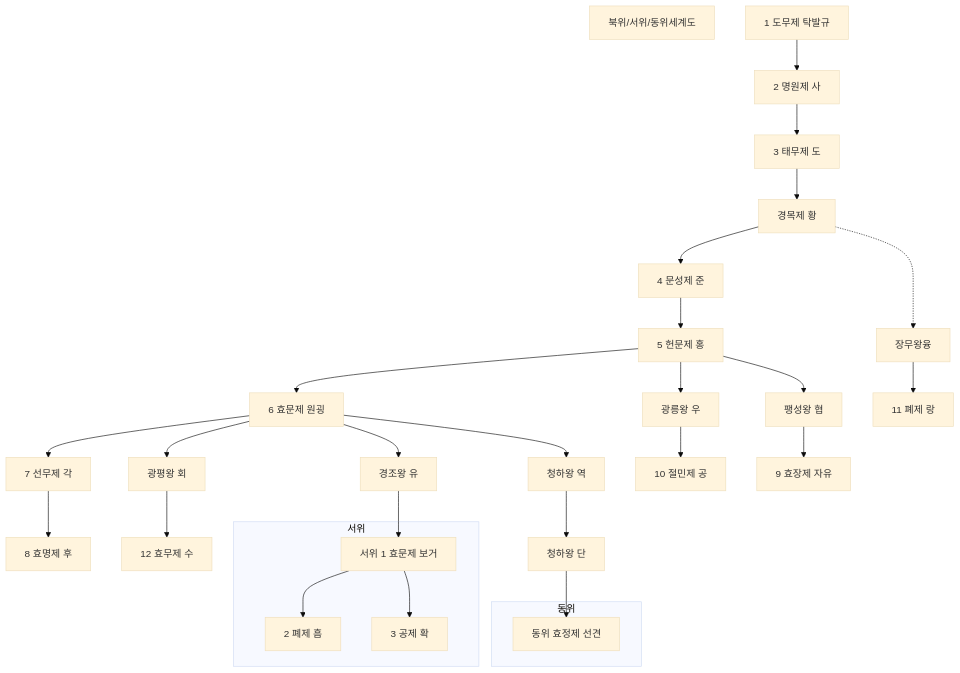
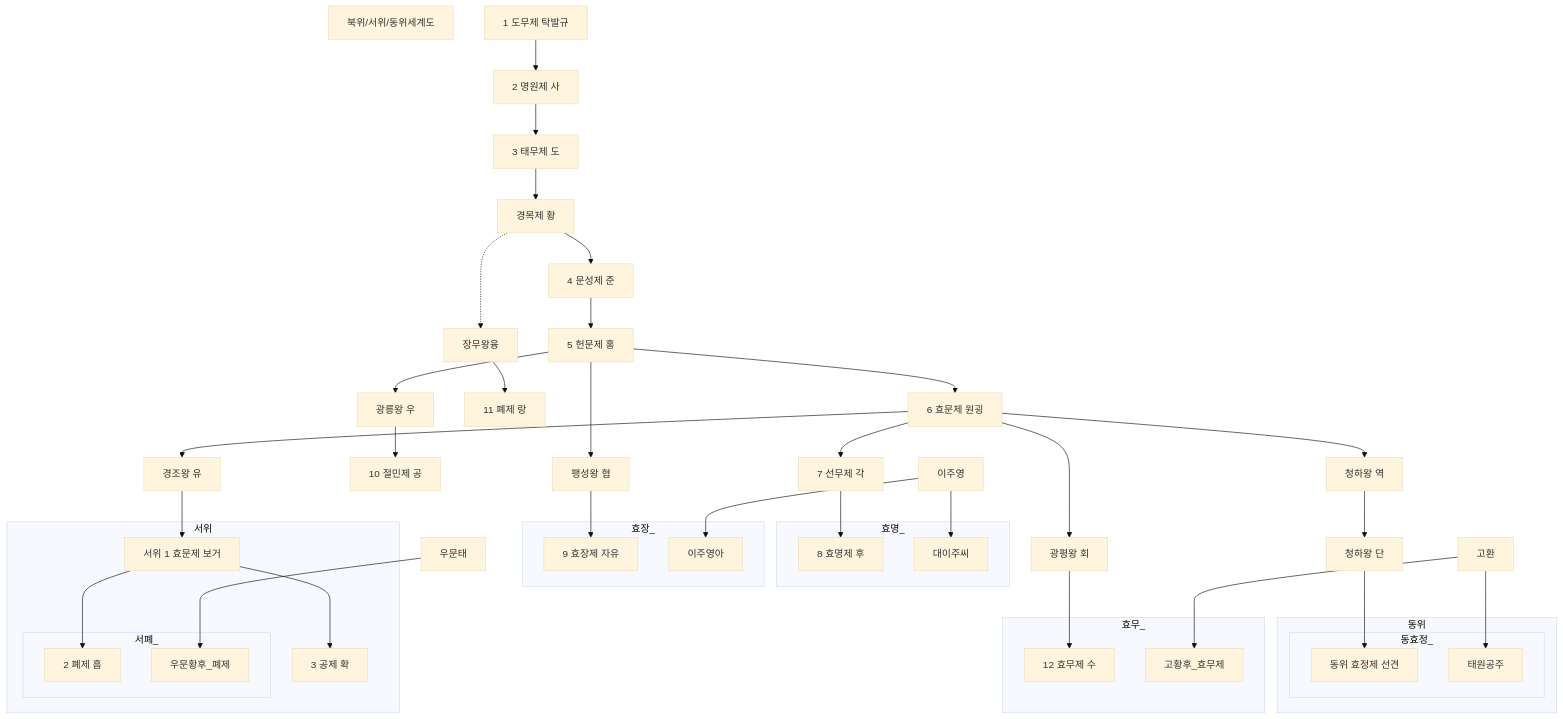
One commit to daewonyoon/historigram changed the eighth of 10 diagrams in 중국사/위진남북조2.md. Above: the diagram before and after it, drawn with Mermaid (base theme). The commit also changed 1 other file, not shown here.

Commit message:
북위+

````diff
--- a/중국사/위진남북조2.md
+++ b/중국사/위진남북조2.md
@@ -199,19 +199,34 @@
   헌문["5 헌문제 홍"]
   효문["6 효문제 원굉"]
   선무["7 선무제 각"]
-  효명["8 효명제 후"]
-  효장["9 효장제 자유"]
+  subgraph 효명_
+   효명["8 효명제 후"]
+   대이주씨
+  end
+
+  subgraph 효장_
+   효장["9 효장제 자유"]
+   이주영아
+  end
   절민["10 절민제 공"]
   폐제["11 폐제 랑"]
   효무["12 효무제 수"]
   subgraph 서위
   서효문["서위 1 효문제 보거"]
-  서폐["2 폐제 흠"]
+    subgraph 서폐_
+    서폐["2 폐제 흠"]
+    우문태1녀["우문황후_폐제"]
+    end
   서공["3 공제 확"]
   end
 
   subgraph 동위
-  동효정["동위 효정제 선견"]
+    
+    subgraph 동효정_
+    
+    동효정["동위 효정제 선견"]
+    태원공주
+    end
   end
   광평["광평왕 회"]
   경조["경조왕 유"]
@@ -220,6 +235,7 @@
   광릉["광릉왕 우"]
   팽성["팽성왕 협"]
   
+
   도무 --> 명원 
   명원 --> 태무
   태무 --> 경목
@@ -243,5 +259,19 @@
   선무 --> 효명
 
   경목 -..-> 장무왕융 --> 폐제 
+
+
+  subgraph 효무_
+  효무
+  고황후_효무제
+  end
+
+  고환 --> 태원공주
+  고환 --> 고황후_효무제
   
+  
+  우문태 --> 우문태1녀
+
+  이주영 --> 대이주씨
+  이주영 --> 이주영아
 ```
````
